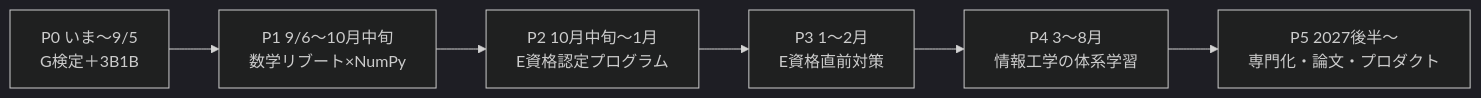
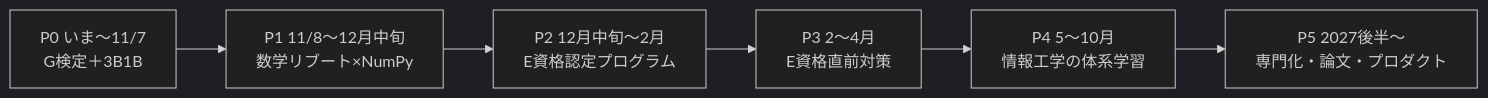
One commit to PlumaHatchery/llm-study changed the diagram in content/roadmap.md. Above: the diagram before and after it, drawn with Mermaid (dark theme). The commit also changed other lines of this file and 80 other files, not shown here.

````diff
--- a/content/roadmap.md
+++ b/content/roadmap.md
@@ -56,8 +56,8 @@
 ```mermaid
 flowchart LR
-  P0["P0 いま〜9/5<br/>G検定＋3B1B"] --> P1["P1 9/6〜10月中旬<br/>数学リブート×NumPy"]
-  P1 --> P2["P2 10月中旬〜1月<br/>E資格認定プログラム"]
-  P2 --> P3["P3 1〜2月<br/>E資格直前対策"]
-  P3 --> P4["P4 3〜8月<br/>情報工学の体系学習"]
+  P0["P0 いま〜11/7<br/>G検定＋3B1B"] --> P1["P1 11/8〜12月中旬<br/>数学リブート×NumPy"]
+  P1 --> P2["P2 12月中旬〜2月<br/>E資格認定プログラム"]
+  P2 --> P3["P3 2〜4月<br/>E資格直前対策"]
+  P3 --> P4["P4 5〜10月<br/>情報工学の体系学習"]
   P4 --> P5["P5 2027後半〜<br/>専門化・論文・プロダクト"]
 ```
````
